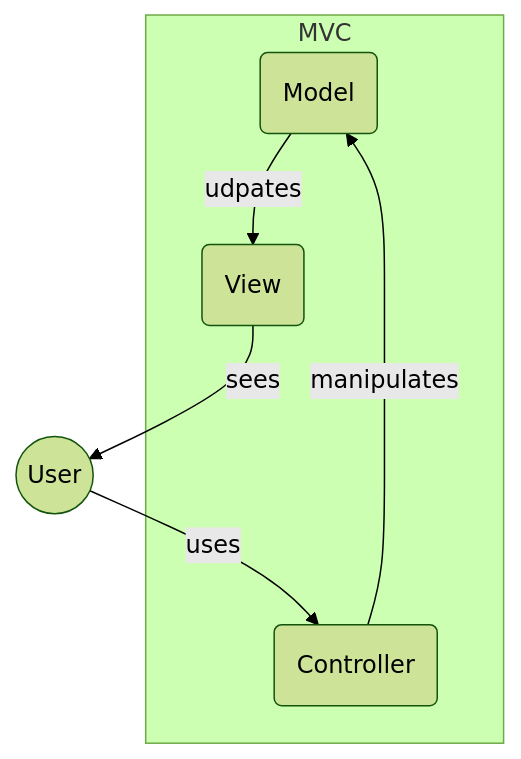
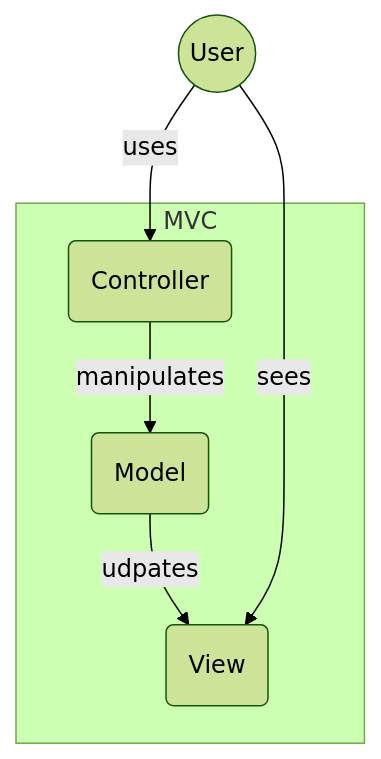
Before and after one commit to bingyangchen/KM-software: the first of 3 diagrams in System Design/Architectural Pattern.md, drawn with Mermaid (forest theme). The commit also changed 84 other files, not shown here.

````diff
--- a/System Design/Architectural Pattern.md
+++ b/System Design/Architectural Pattern.md
@@ -7,13 +7,13 @@
 ```mermaid
 flowchart TD
     id1(Model)
     id2(View)
     id3(Controller)
     id4((User))
     subgraph MVC
         id1 --udpates--> id2
         id3 --manipulates-->id1
     end
-    id2 --sees--> id4
+    id4 --sees--> id2
     id4 --uses--> id3
 ```
````
